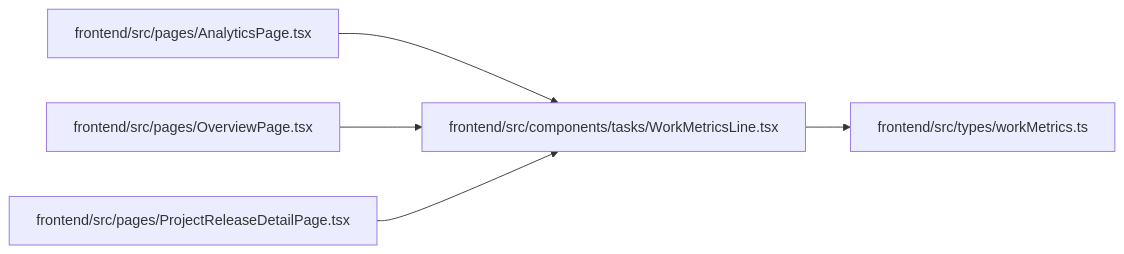
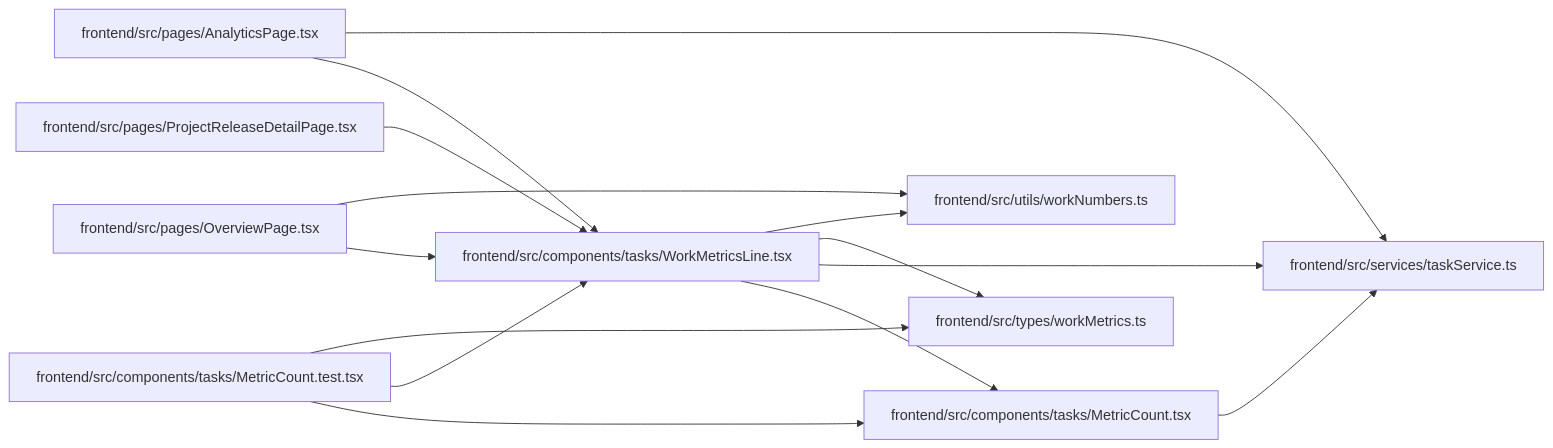
The diagram in docs/llm_wiki/modules/WorkMetricsLine.md (Denissvgn/WorkChord), drawn with Mermaid before and after one commit. The commit also changed other lines of this file and 543 other files, not shown here.

````diff
--- a/docs/llm_wiki/modules/WorkMetricsLine.md
+++ b/docs/llm_wiki/modules/WorkMetricsLine.md
@@ -27,17 +30,34 @@
 ```mermaid
 flowchart LR
-    n0["frontend/src/components/tasks/WorkMetricsLine.tsx"]
-    n1["frontend/src/pages/AnalyticsPage.tsx"]
-    n2["frontend/src/pages/OverviewPage.tsx"]
-    n3["frontend/src/pages/ProjectReleaseDetailPage.tsx"]
-    n4["frontend/src/types/workMetrics.ts"]
-    n0 --> n4
-    n1 --> n0
-    n2 --> n0
-    n3 --> n0
-    click n0 "../modules/WorkMetricsLine.md"
-    click n1 "../modules/AnalyticsPage.md"
-    click n2 "../modules/OverviewPage.md"
-    click n3 "../modules/ProjectReleaseDetailPage.md"
-    click n4 "../modules/workMetrics.md"
+    n0["frontend/src/components/tasks/MetricCount.test.tsx"]
+    n1["frontend/src/components/tasks/MetricCount.tsx"]
+    n2["frontend/src/components/tasks/WorkMetricsLine.tsx"]
+    n3["frontend/src/pages/AnalyticsPage.tsx"]
+    n4["frontend/src/pages/OverviewPage.tsx"]
+    n5["frontend/src/pages/ProjectReleaseDetailPage.tsx"]
+    n6["frontend/src/services/taskService.ts"]
+    n7["frontend/src/types/workMetrics.ts"]
+    n8["frontend/src/utils/workNumbers.ts"]
+    n0 --> n1
+    n0 --> n2
+    n0 --> n7
+    n1 --> n6
+    n2 --> n1
+    n2 --> n6
+    n2 --> n7
+    n2 --> n8
+    n3 --> n2
+    n3 --> n6
+    n4 --> n2
+    n4 --> n8
+    n5 --> n2
+    click n0 "../modules/MetricCount.test.md"
+    click n1 "../modules/MetricCount.md"
+    click n2 "../modules/WorkMetricsLine.md"
+    click n3 "../modules/AnalyticsPage.md"
+    click n4 "../modules/OverviewPage.md"
+    click n5 "../modules/ProjectReleaseDetailPage.md"
+    click n6 "../modules/taskService.md"
+    click n7 "../modules/workMetrics.md"
+    click n8 "../modules/workNumbers.md"
 ```
````
